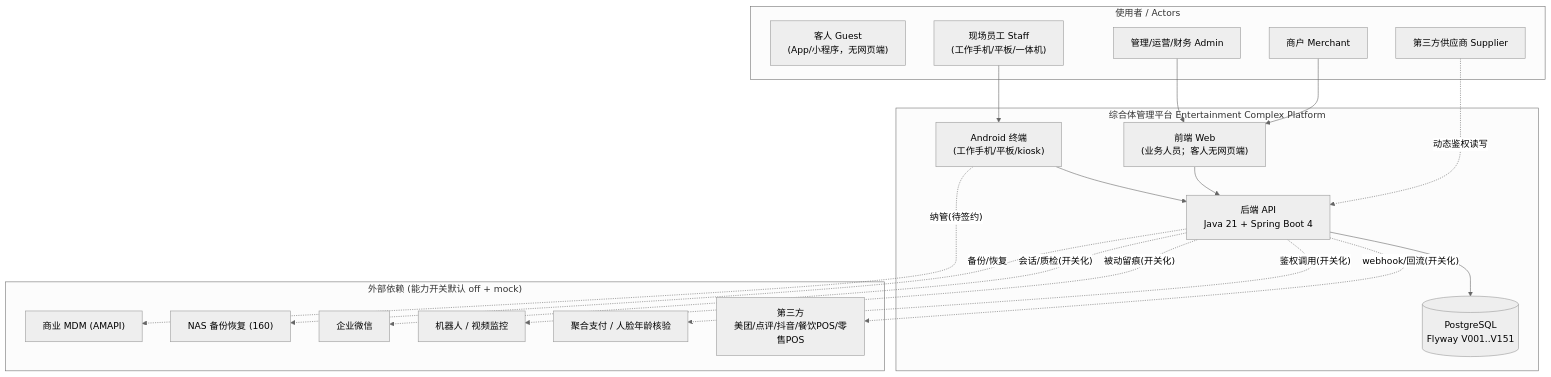
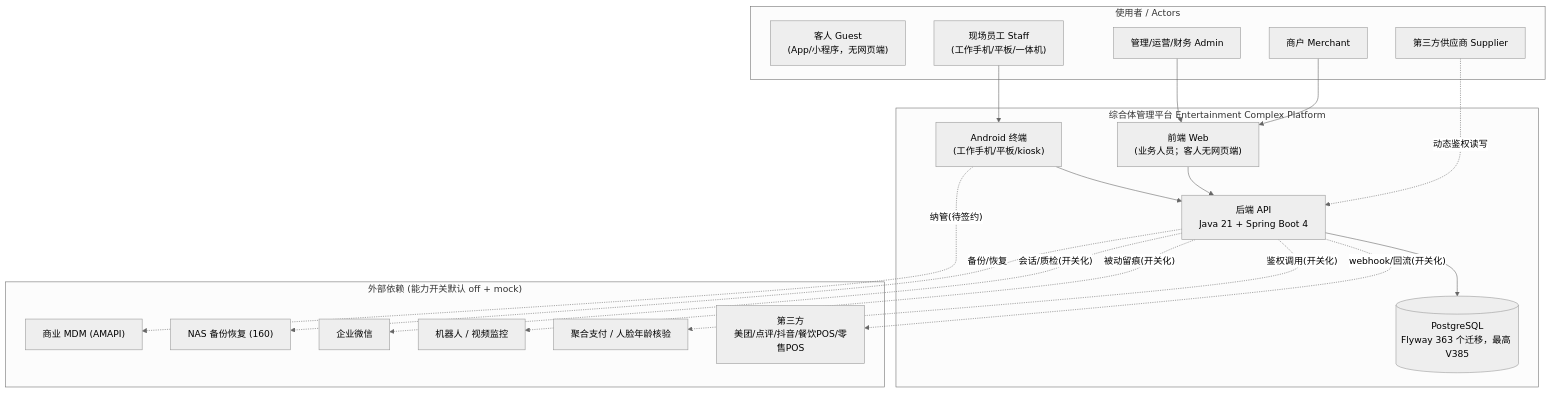
One commit to jxh1979/mall changed the first of 5 diagrams in docs/architecture-overview-v0.1.md. Above: the diagram before and after it, drawn with Mermaid (neutral theme). The commit also changed other lines of this file and 11 other files, not shown here.

Commit message:
docs: 收口 M02 业务分层与总图文档出处对齐

````diff
--- a/docs/architecture-overview-v0.1.md
+++ b/docs/architecture-overview-v0.1.md
@@ -7,40 +7,40 @@
 ```mermaid
 graph TB
   subgraph Users["使用者 / Actors"]
     GUEST["客人 Guest<br/>(App/小程序，无网页端)"]
     STAFF["现场员工 Staff<br/>(工作手机/平板/一体机)"]
     ADMIN["管理/运营/财务 Admin"]
     MERCHANT["商户 Merchant"]
     SUPPLIER["第三方供应商 Supplier"]
   end
 
   subgraph Platform["综合体管理平台 Entertainment Complex Platform"]
     WEB["前端 Web<br/>(业务人员；客人无网页端)"]
     ANDROID["Android 终端<br/>(工作手机/平板/kiosk)"]
     API["后端 API<br/>Java 21 + Spring Boot 4"]
-    DB[("PostgreSQL<br/>Flyway V001..V151")]
+    DB[("PostgreSQL<br/>Flyway 363 个迁移，最高 V385")]
   end
 
   subgraph External["外部依赖 (能力开关默认 off + mock)"]
     TP["第三方<br/>美团/点评/抖音/餐饮POS/零售POS"]
     PAY["聚合支付 / 人脸年龄核验"]
     ROBOT["机器人 / 视频监控"]
     WECOM["企业微信"]
     MDM["商业 MDM (AMAPI)"]
     NAS["NAS 备份恢复 (160)"]
   end
 
   STAFF --> ANDROID
   ADMIN --> WEB
   MERCHANT --> WEB
   WEB --> API
   ANDROID --> API
   API --> DB
   API -. webhook/回流(开关化) .-> TP
   API -. 鉴权调用(开关化) .-> PAY
   API -. 被动留痕(开关化) .-> ROBOT
   API -. 会话/质检(开关化) .-> WECOM
   ANDROID -. 纳管(待签约) .-> MDM
   API -. 备份/恢复 .-> NAS
   SUPPLIER -. 动态鉴权读写 .-> API
 ```
````
